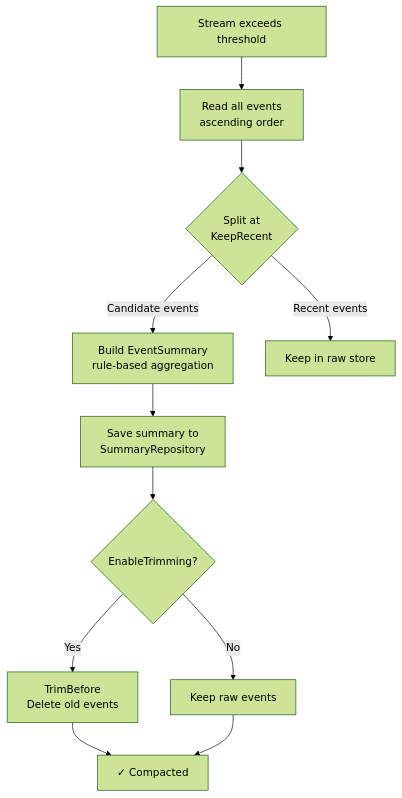
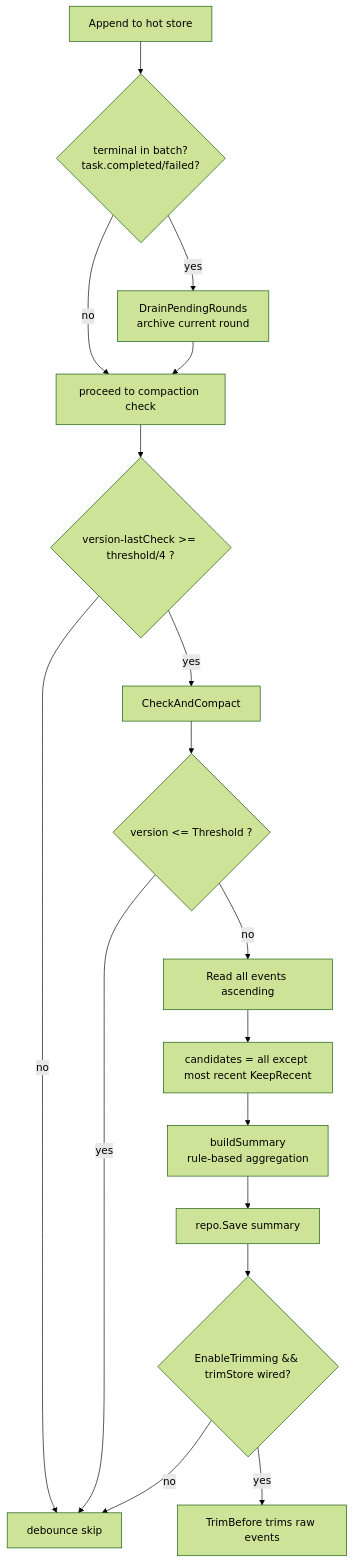
One commit to Timwood0x10/ARES changed the third of 6 diagrams in docs/articles/en/08-event-system-deep-dive.md. Above: the diagram before and after it, drawn with Mermaid (forest theme). The commit also changed other lines of this file and 2423 other files, not shown here.

````diff
--- a/docs/articles/en/08-event-system-deep-dive.md
+++ b/docs/articles/en/08-event-system-deep-dive.md
@@ -211,13 +217,19 @@
 ```mermaid
 graph TD
-    A[Stream exceeds threshold] --> B[Read all events\nascending order]
-    B --> C{Split at\nKeepRecent}
-    C -->|Candidate events| D[Build EventSummary\nrule-based aggregation]
-    C -->|Recent events| E[Keep in raw store]
-    D --> F[Save summary to\nSummaryRepository]
-    F --> G{EnableTrimming?}
-    G -->|Yes| H[TrimBefore\nDelete old events]
-    G -->|No| I[Keep raw events]
-    H --> J[✓ Compacted]
-    I --> J
+    A[Append to hot store] --> B{terminal in batch?<br/>task.completed/failed?}
+    B -->|yes| C[DrainPendingRounds<br/>archive current round]
+    B -->|no| D[proceed to compaction check]
+    C --> D
+    D --> E{version-lastCheck >= threshold/4 ?}
+    E -->|no| Z[debounce skip]
+    E -->|yes| F[CheckAndCompact]
+    F --> G{version <= Threshold ?}
+    G -->|yes| Z
+    G -->|no| H[Read all events ascending]
+    H --> I[candidates = all except most recent KeepRecent]
+    I --> J[buildSummary<br/>rule-based aggregation]
+    J --> K[repo.Save summary]
+    K --> L{EnableTrimming && trimStore wired?}
+    L -->|yes| M[TrimBefore trims raw events]
+    L -->|no| Z
 ```
````
